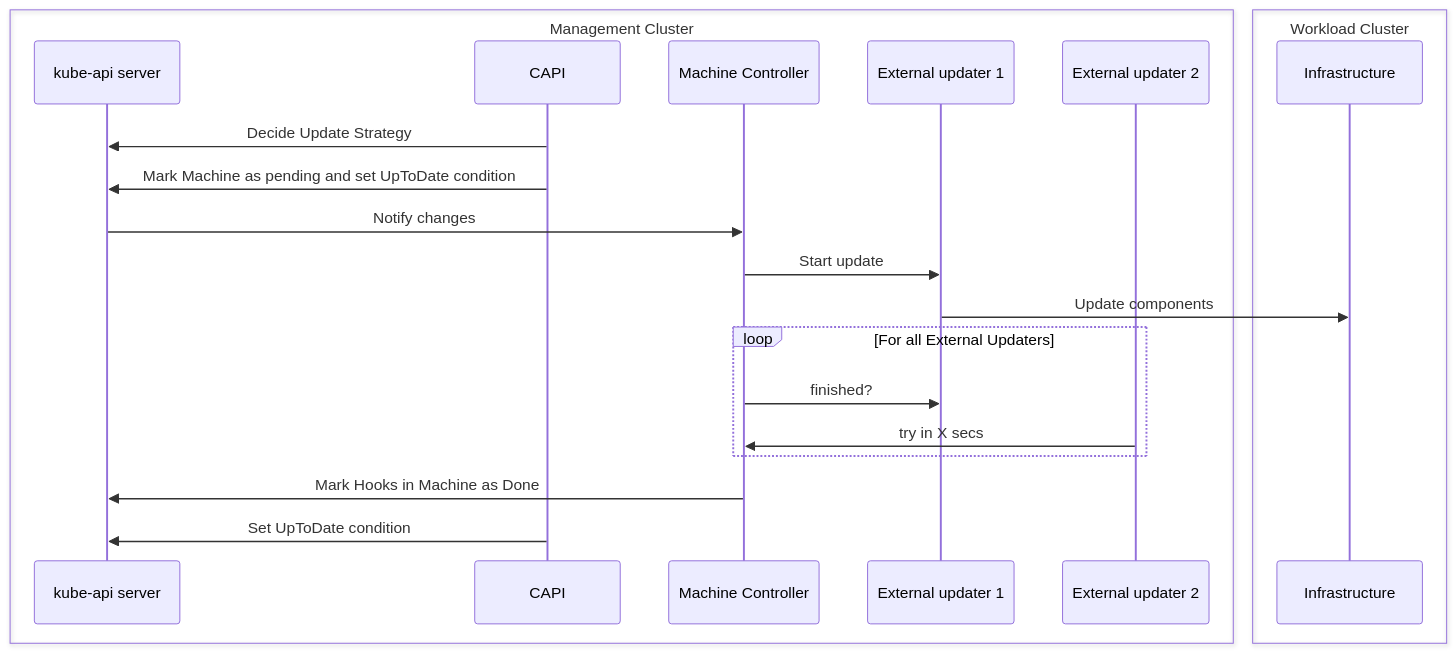
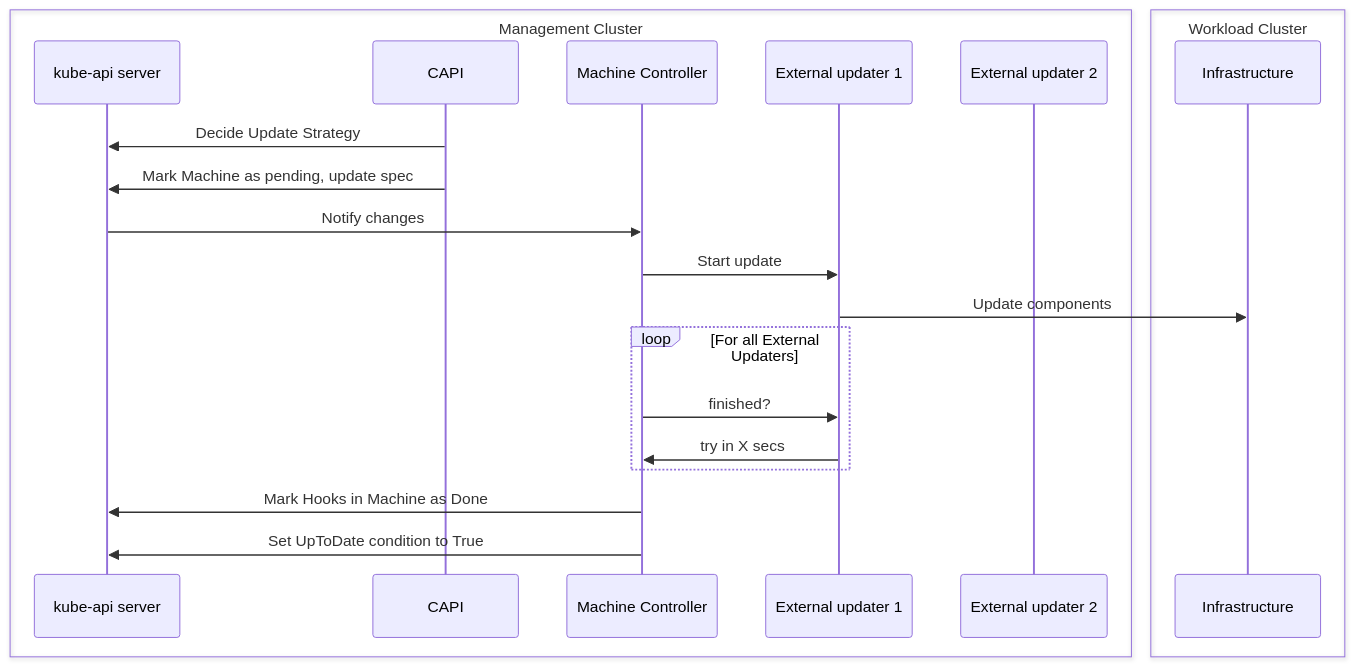
One commit to g-gaston/cluster-api changed the fifth of 9 diagrams in docs/proposals/20240807-in-place-updates.md. Above: the diagram before and after it, drawn with Mermaid. The commit also changed other lines of this file, not shown here.

````diff
--- a/docs/proposals/20240807-in-place-updates.md
+++ b/docs/proposals/20240807-in-place-updates.md
@@ -349,26 +349,26 @@
 ```mermaid
 sequenceDiagram
 box Management Cluster
     participant apiserver as kube-api server
     participant capi as CAPI
     participant mach as Machine Controller
     participant hook as External updater 1
     participant hook2 as External updater 2
 end
 
 box Workload Cluster
     participant infra as Infrastructure
 end
 
 capi->>apiserver: Decide Update Strategy
-capi->>apiserver: Mark Machine as pending and set UpToDate condition
+capi->>apiserver: Mark Machine as pending, update spec
 apiserver->>mach: Notify changes
 mach->>hook: Start update
 hook->>infra: Update components
 loop For all External Updaters
     mach->>hook: finished?
-    hook2->>mach: try in X secs
+    hook->>mach: try in X secs
 end
 mach->>apiserver: Mark Hooks in Machine as Done
-capi->>apiserver: Set UpToDate condition
+mach->>apiserver: Set UpToDate condition to True
 ```
````
